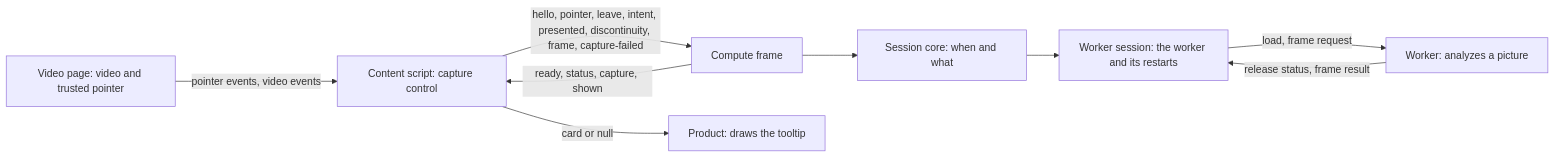
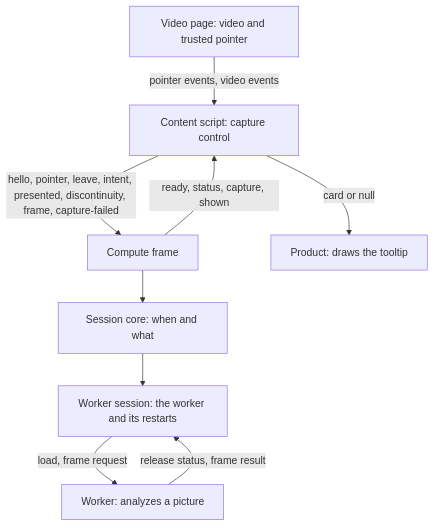
Before and after one commit to ryangswe/riftsight-vision: the first of 12 diagrams in docs/hover-map.md, drawn with Mermaid. The commit also changed other lines of this file and 1 other file, not shown here.

Commit message:
Hover map: lay out the frames top to bottom, split the shown-card diagram, say how the diagrams are drawn

````diff
--- a/docs/hover-map.md
+++ b/docs/hover-map.md
@@ -44,19 +54,19 @@
 ```mermaid
-flowchart LR
+flowchart TD
   PAGE["Video page: video and trusted pointer"]
   CC["Content script: capture control"]
   CF["Compute frame"]
   SC["Session core: when and what"]
   WS["Worker session: the worker and its restarts"]
   WK["Worker: analyzes a picture"]
   TIP["Product: draws the tooltip"]
 
   PAGE -->|"pointer events, video events"| CC
   CC -->|"hello, pointer, leave, intent, presented, discontinuity, frame, capture-failed"| CF
   CF -->|"ready, status, capture, shown"| CC
   CF --> SC
   SC --> WS
   WS -->|"load, frame request"| WK
   WK -->|"release status, frame result"| WS
   CC -->|"card or null"| TIP
 ```
````
